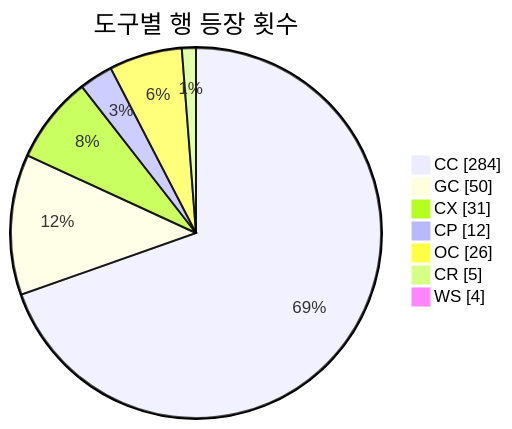
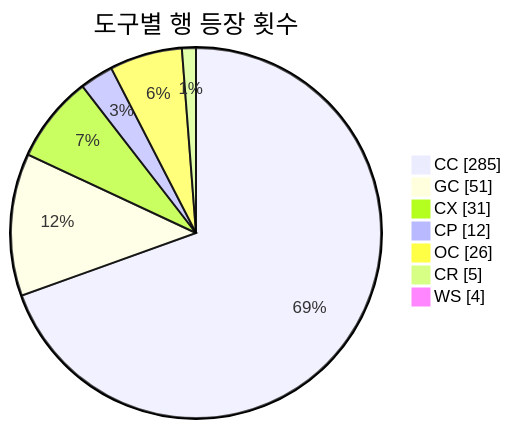
The second of 3 diagrams in README.md (J-nowcow/awesome-korean-agent-skills), drawn with Mermaid before and after one commit. The commit also changed other lines of this file and 3 other files, not shown here.

````diff
--- a/README.md
+++ b/README.md
@@ -193,11 +193,11 @@
 ```mermaid
 pie showData
     title 도구별 행 등장 횟수
-    "CC" : 284
-    "GC" : 50
+    "CC" : 285
+    "GC" : 51
     "CX" : 31
     "CP" : 12
     "OC" : 26
     "CR" : 5
     "WS" : 4
 ```
````
